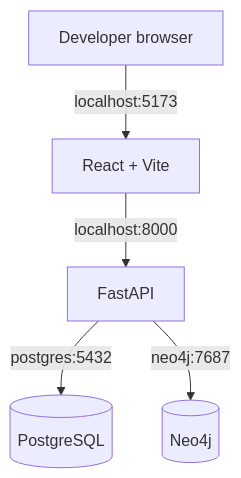
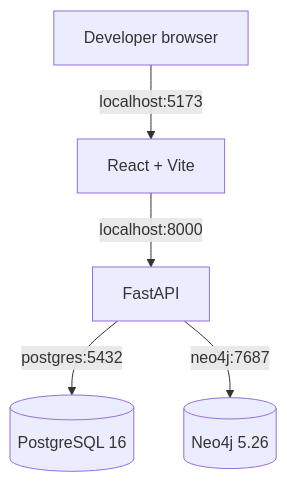
Before and after one commit to ROHIT-JR/enterprise-cryptographic-risk-platform: the second of 8 diagrams in docs/architecture.md, drawn with Mermaid. The commit also changed other lines of this file and 46 other files, not shown here.

First line of the commit message:
docs: OpenAPI, architecture diagrams, API guide and developer setup (#28) (#65)

````diff
--- a/docs/architecture.md
+++ b/docs/architecture.md
@@ -35,7 +104,7 @@
 ```mermaid
 flowchart TD
-    USER[Developer browser] -->|localhost:5173| UI[React + Vite]
-    UI -->|localhost:8000| API[FastAPI]
-    API -->|postgres:5432| PG[(PostgreSQL)]
-    API -->|neo4j:7687| NEO[(Neo4j)]
+    USER["Developer browser"] -->|"localhost:5173"| UI["React + Vite"]
+    UI -->|"localhost:8000"| API["FastAPI"]
+    API -->|"postgres:5432"| PG[("PostgreSQL 16")]
+    API -->|"neo4j:7687"| NEO[("Neo4j 5.26")]
 ```
````
